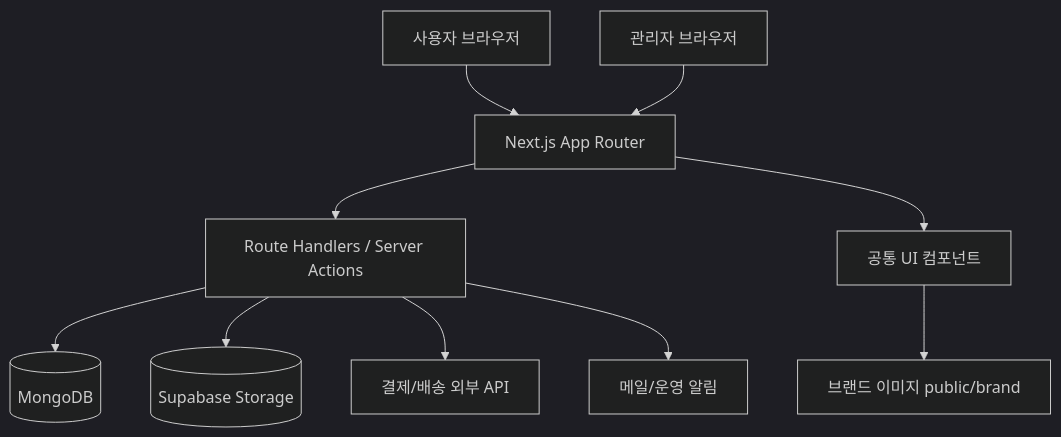
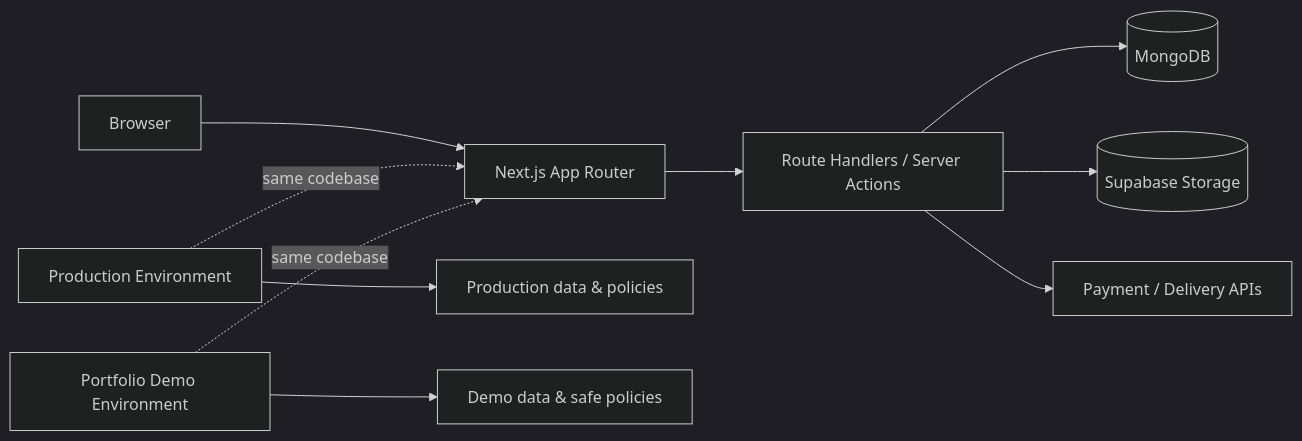
Before and after one commit to SeopE9611/SideProject: the diagram in TennisFlowShop/README.md, drawn with Mermaid (dark theme). The commit also changed other lines of this file and 1 other file, not shown here.

````diff
--- a/TennisFlowShop/README.md
+++ b/TennisFlowShop/README.md
@@ -130,12 +110,13 @@
 ```mermaid
-flowchart TB
-  U[사용자 브라우저] --> N[Next.js App Router]
-  A[관리자 브라우저] --> N
-  N --> API[Route Handlers / Server Actions]
-  API --> DB[(MongoDB)]
-  API --> S[(Supabase Storage)]
-  API --> P[결제/배송 외부 API]
-  API --> M[메일/운영 알림]
-  N --> UI[공통 UI 컴포넌트]
-  UI --> B[브랜드 이미지 public/brand]
+flowchart LR
+  B[Browser] --> N[Next.js App Router]
+  N --> R[Route Handlers / Server Actions]
+  R --> M[(MongoDB)]
+  R --> S[(Supabase Storage)]
+  R --> E[Payment / Delivery APIs]
+
+  P[Production Environment] -. same codebase .-> N
+  D[Portfolio Demo Environment] -. same codebase .-> N
+  P --> PD[Production data & policies]
+  D --> DD[Demo data & safe policies]
 ```
````
